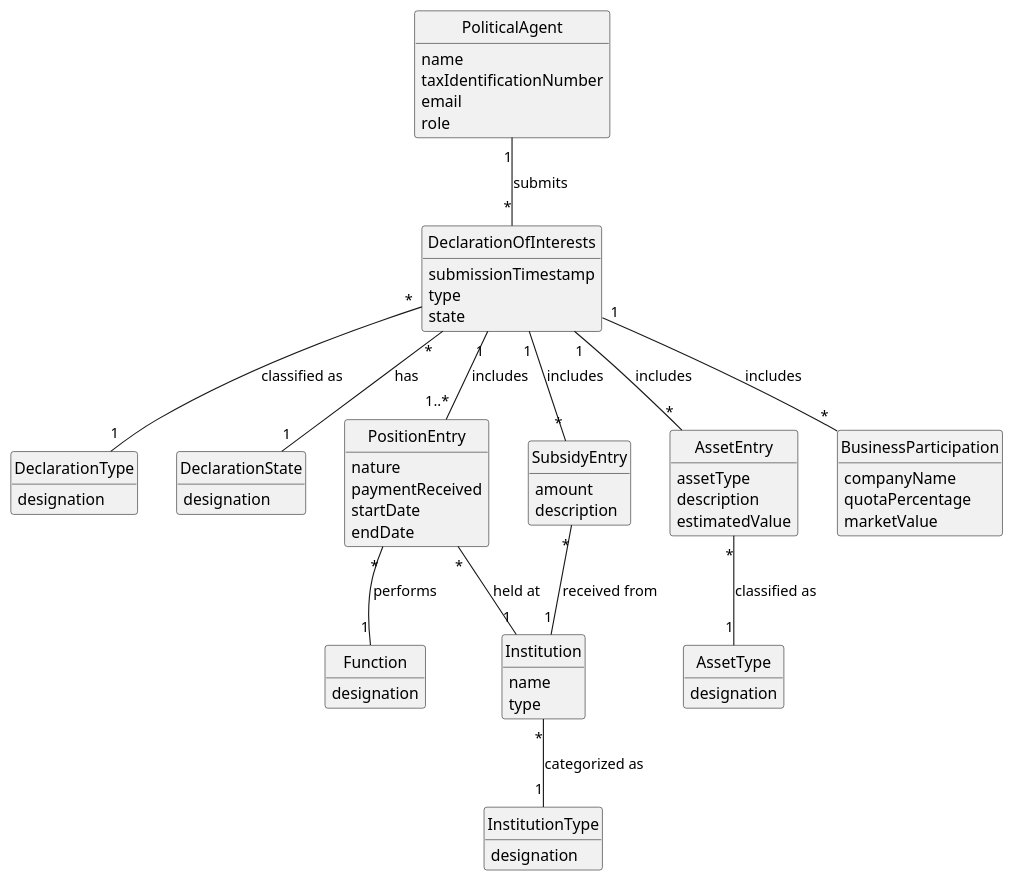
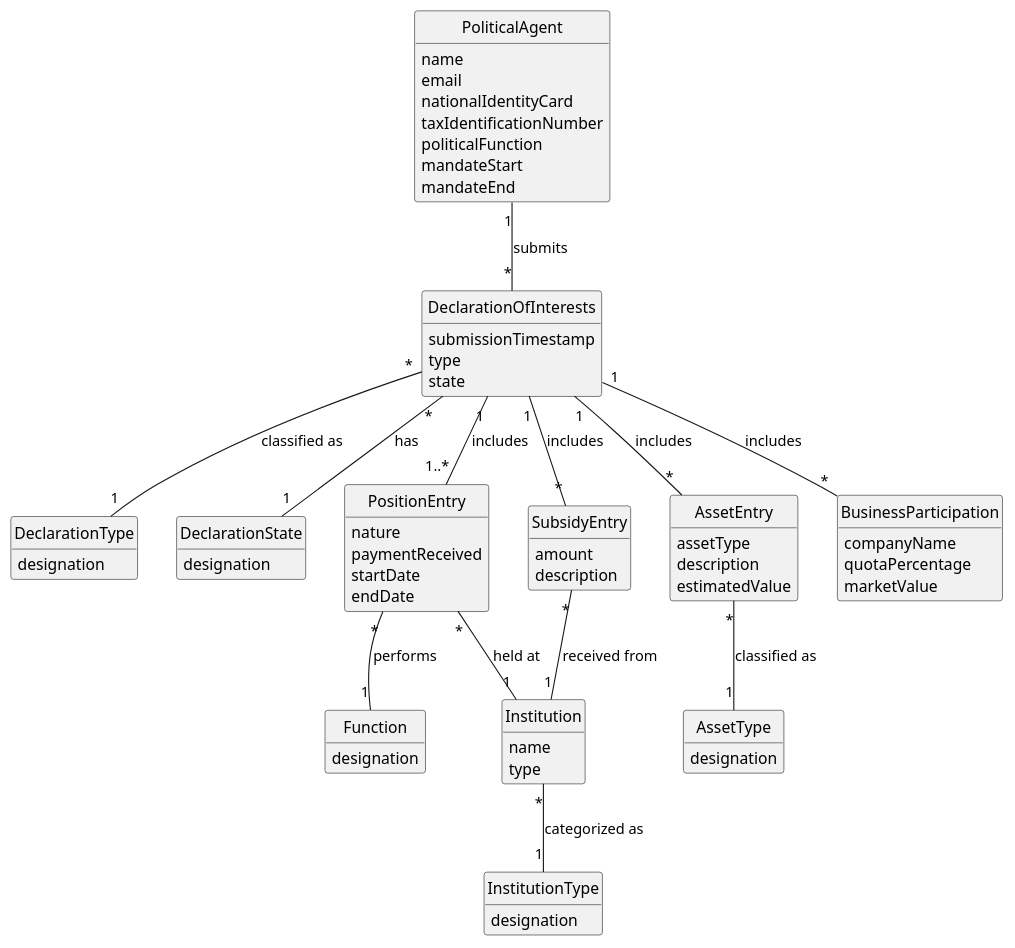
The diagram in docs/system-documentation/US06/02.analysis/puml/US06-DM.puml (brunodspinto/crystal-clear-platform), drawn with PlantUML before and after one commit. The commit also changed 5 other files, not shown here.

```diff
--- a/docs/system-documentation/US06/02.analysis/puml/US06-DM.puml
+++ b/docs/system-documentation/US06/02.analysis/puml/US06-DM.puml
@@ -1,97 +1,100 @@
 @startuml
 skinparam monochrome true
 skinparam packageStyle rectangle
 skinparam shadowing false
 
 skinparam classAttributeIconSize 0
 
 hide circle
 hide methods
 
 class PoliticalAgent {
     name
+    email
+    nationalIdentityCard
     taxIdentificationNumber
-    email
-    role
+    politicalFunction
+    mandateStart
+    mandateEnd
 }
 
 class DeclarationOfInterests {
     submissionTimestamp
     type
     state
 }
 
 class DeclarationType {
     designation
 }
 
 class DeclarationState {
     designation
 }
 
 class PositionEntry {
     nature
     paymentReceived
     startDate
     endDate
 }
 
 class Function {
     designation
 }
 
 class Institution {
     name
     type
 }
 
 class InstitutionType {
     designation
 }
 
 class SubsidyEntry {
     amount
     description
 }
 
 class AssetEntry {
     assetType
     description
     estimatedValue
 }
 
 class AssetType {
     designation
 }
 
 class BusinessParticipation {
     companyName
     quotaPercentage
     marketValue
 }
 
 PoliticalAgent "1" -- "*" DeclarationOfInterests : submits
 
 DeclarationOfInterests "*" -- "1" DeclarationType : classified as
 
 DeclarationOfInterests "*" -- "1" DeclarationState : has
 
 DeclarationOfInterests "1" -- "1..*" PositionEntry : includes
 
 DeclarationOfInterests "1" -- "*" SubsidyEntry : includes
 
 DeclarationOfInterests "1" -- "*" AssetEntry : includes
 
 DeclarationOfInterests "1" -- "*" BusinessParticipation : includes
 
 PositionEntry "*" -- "1" Institution : held at
 
 PositionEntry "*" -- "1" Function : performs
 
 Institution "*" -- "1" InstitutionType : categorized as
 
 SubsidyEntry "*" -- "1" Institution : received from
 
 AssetEntry "*" -- "1" AssetType : classified as
 
 @enduml
```
